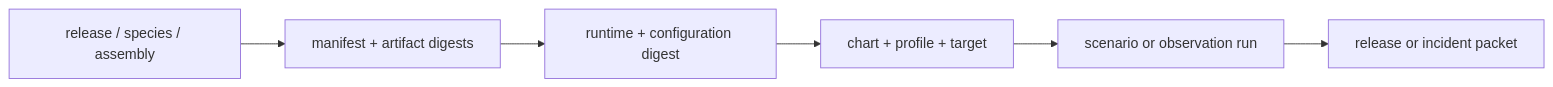
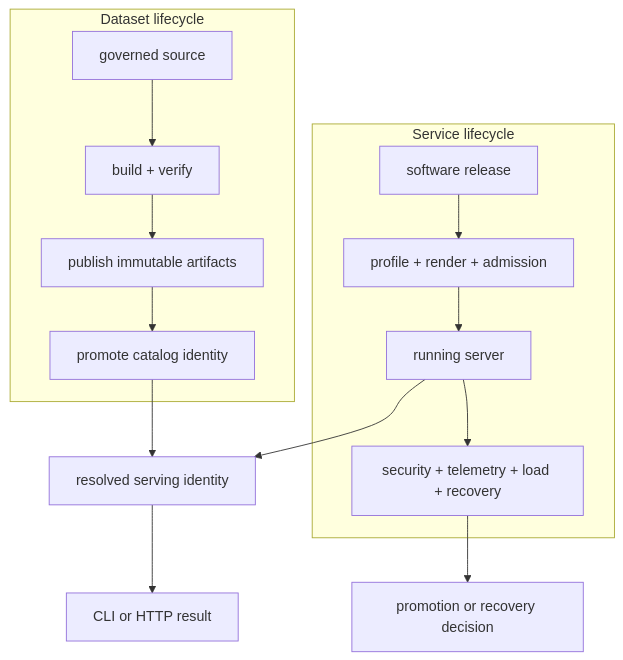
Before and after one commit to bijux/bijux-atlas: the diagram in docs/index.md, drawn with Mermaid. The commit also changed other lines of this file and 1 other file, not shown here.

````diff
--- a/docs/index.md
+++ b/docs/index.md
@@ -118,8 +71,17 @@
 ```mermaid
-flowchart LR
-    Dataset["release / species / assembly"] --> Artifact["manifest + artifact digests"]
-    Artifact --> Runtime["runtime + configuration digest"]
-    Runtime --> Deploy["chart + profile + target"]
-    Deploy --> Run["scenario or observation run"]
-    Run --> Packet["release or incident packet"]
+flowchart TB
+    subgraph Dataset["Dataset lifecycle"]
+        Source["governed source"] --> Build["build + verify"]
+        Build --> Publish["publish immutable artifacts"]
+        Publish --> Catalog["promote catalog identity"]
+    end
+    subgraph Service["Service lifecycle"]
+        Software["software release"] --> Render["profile + render + admission"]
+        Render --> Run["running server"]
+        Run --> Qualify["security + telemetry + load + recovery"]
+    end
+    Catalog --> Identity["resolved serving identity"]
+    Run --> Identity
+    Identity --> Result["CLI or HTTP result"]
+    Qualify --> Decision["promotion or recovery decision"]
 ```
````
